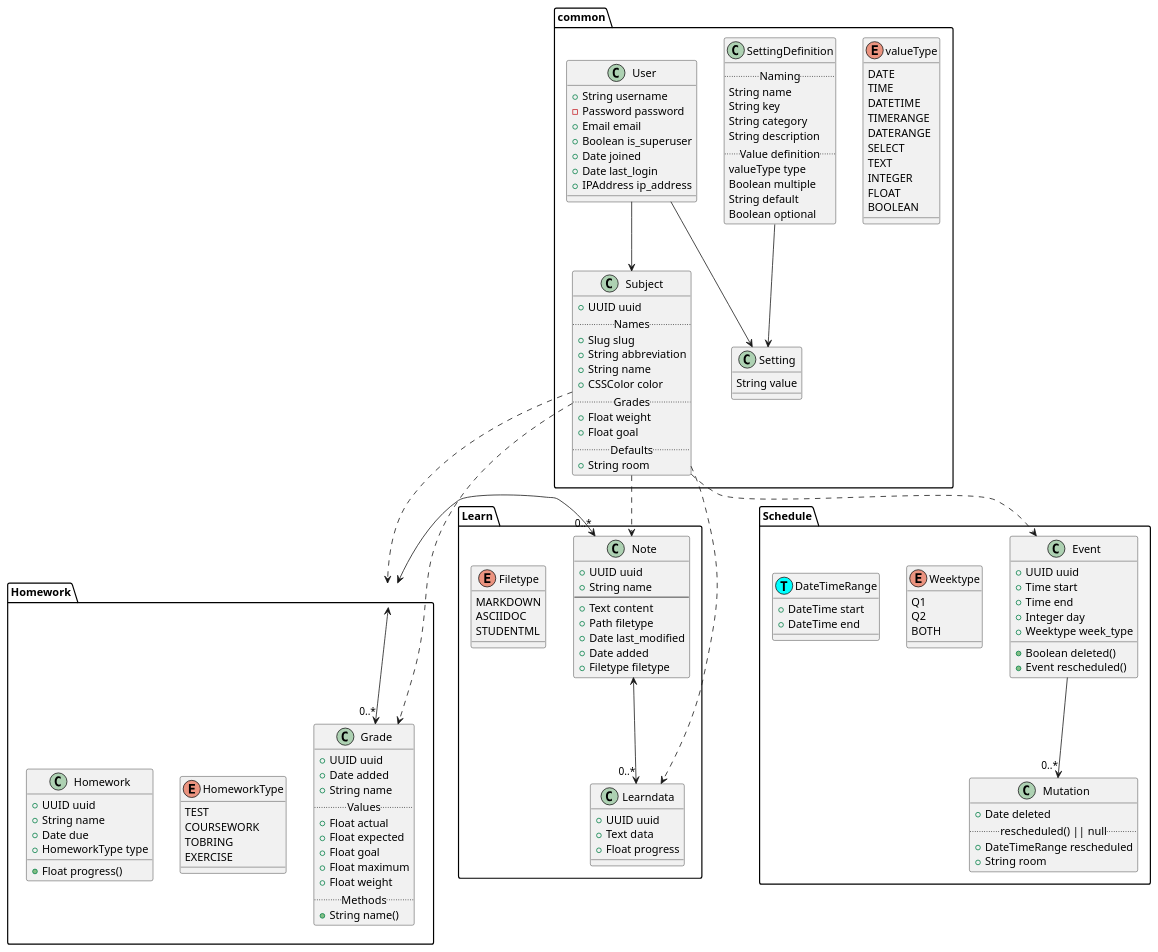
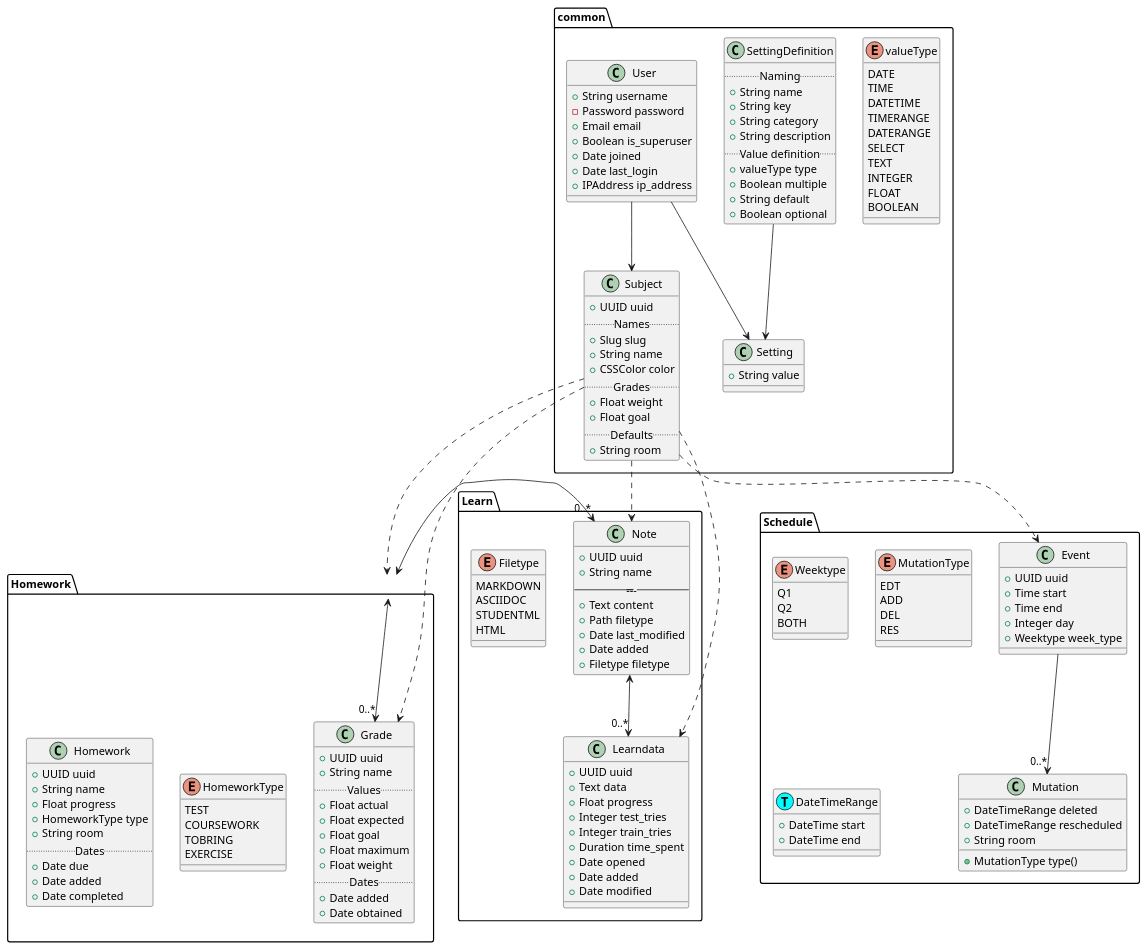
The diagram in DATABASE_V2.puml (schoolsyst/api), drawn with PlantUML before and after one commit. The commit also changed 21 other files, not shown here.

```diff
--- a/DATABASE_V2.puml
+++ b/DATABASE_V2.puml
@@ -1,161 +1,176 @@
 @startuml
 package common {
     class Subject {
         + UUID uuid
         ..Names..
         + Slug slug
-        + String abbreviation
         + String name
         + CSSColor color
         ..Grades..
         + Float weight
         + Float goal
         ..Defaults..
         + String room
     }
 
     enum valueType {
         DATE
         TIME
         DATETIME
         TIMERANGE
         DATERANGE
         SELECT
         TEXT
         INTEGER
         FLOAT
         BOOLEAN
     }
 
     class SettingDefinition {
         ..Naming..
-        String name
-        String key
-        String category
-        String description
+        + String name
+        + String key
+        + String category
+        + String description
         ..Value definition..
-        valueType type
-        Boolean multiple
-        String default
-        Boolean optional
+        + valueType type
+        + Boolean multiple
+        + String default
+        + Boolean optional
     }
 
     class Setting {
-        String value
+        + String value
     }
 
     class User {
         + String username
         - Password password
         + Email email
         + Boolean is_superuser
         + Date joined
         + Date last_login
         + IPAddress ip_address
     }
 }
 package Learn {
     enum Filetype {
         MARKDOWN
         ASCIIDOC
         STUDENTML
+        HTML
     }
 
     class Note {
         + UUID uuid
         + String name
-        ---
+        ---------------
         + Text content
         + Path filetype
         + Date last_modified
         + Date added
         + Filetype filetype
     }
 
     class Learndata {
         + UUID uuid
         + Text data
         + Float progress
+        + Integer test_tries
+        + Integer train_tries
+        + Duration time_spent
+        + Date opened
+        + Date added
+        + Date modified
     }
 }
 
 package Schedule {
     
     enum Weektype {
         Q1
         Q2
         BOTH
+    }
+
+    enum MutationType {
+        EDT
+        ADD
+        DEL
+        RES
     }
 
     class DateTimeRange<< (T,cyan) >> {
         + DateTime start
         + DateTime end
     }
 
     class Event {
         + UUID uuid
         + Time start
         + Time end
         + Integer day
         + Weektype week_type
-        + Boolean deleted()
-        + Event rescheduled()
     }
     
     class Mutation {
-        + Date deleted
-        ..rescheduled() || null..
+        + DateTimeRange deleted
         + DateTimeRange rescheduled
         + String room
+        + MutationType type()
     }
 }
 
 package Homework {
     class Grade {
         + UUID uuid
-        + Date added
         + String name
         ..Values..
         + Float actual
         + Float expected
         + Float goal
         + Float maximum
         + Float weight
-        ..Methods..
-        + String name()
+        ..Dates..
+        + Date added
+        + Date obtained
     }
 
     enum HomeworkType {
         TEST
         COURSEWORK
         TOBRING
         EXERCISE
     }
 
     class Homework {
         + UUID uuid
         + String name
+        + Float progress
+        + HomeworkType type
+        + String room
+        ..Dates..
         + Date due
-        + Float progress()
-        + HomeworkType type
+        + Date added
+        + Date completed
     }
 }
 
 User --> Subject
 User --> Setting
 SettingDefinition --> Setting
 
 Subject ..> Note
 Subject ..> Homework
 Subject ..> Event
 Subject ..> Learndata
 Subject ..> Grade
 
 Note <--> "0..*" Learndata
 Homework <--> "0..*" Grade
 Homework <--> "0..*" Note
 Event --> "0..*" Mutation
 
 Event -[hidden]> Note
 Note -[hidden]> Homework
 @enduml
```
